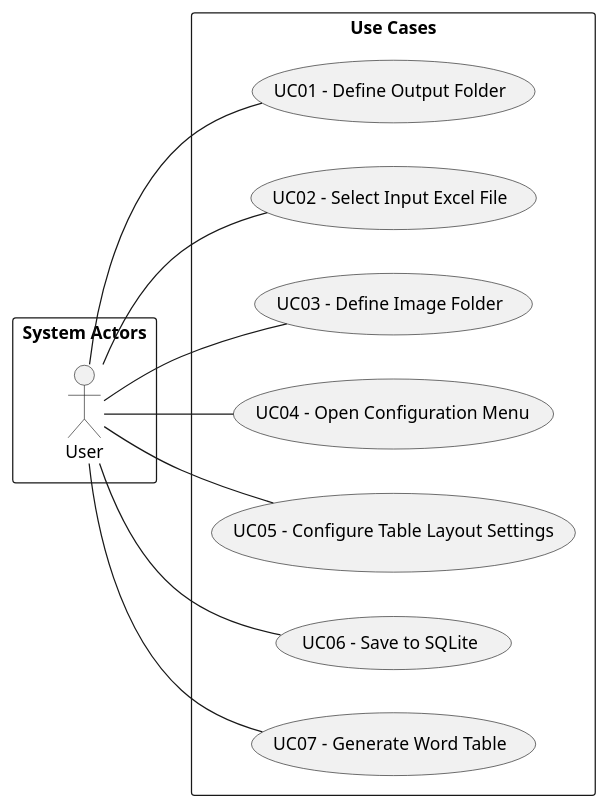
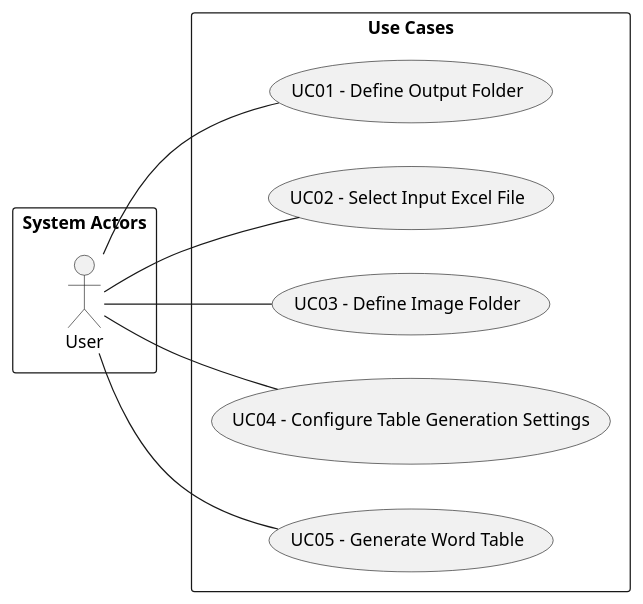
The diagram in docs/system-documentation/global-artifacts/01.requirements-engineering/puml/UCD.puml (fAzeOl/TableGenerator), drawn with PlantUML before and after one commit. The commit also changed 33 other files, not shown here.

```diff
--- a/docs/system-documentation/global-artifacts/01.requirements-engineering/puml/UCD.puml
+++ b/docs/system-documentation/global-artifacts/01.requirements-engineering/puml/UCD.puml
@@ -1,28 +1,24 @@
 @startuml
 
 left to right direction
 
 
 rectangle "System Actors" as actor {
 actor User
 }
 
 rectangle "Use Cases" {
     usecase "UC01 - Define Output Folder" as UC01
     usecase "UC02 - Select Input Excel File" as UC02
     usecase "UC03 - Define Image Folder" as UC03
-    usecase "UC04 - Open Configuration Menu" as UC04
-    usecase "UC05 - Configure Table Layout Settings" as UC05
-    usecase "UC06 - Save to SQLite" as UC06
-    usecase "UC07 - Generate Word Table" as UC07
+    usecase "UC04 - Configure Table Generation Settings" as UC04
+    usecase "UC05 - Generate Word Table" as UC05
 }
 
 User -- UC01
 User -- UC02
 User -- UC03
 User -- UC04
 User -- UC05
-User -- UC06
-User -- UC07
 
 @enduml
```
